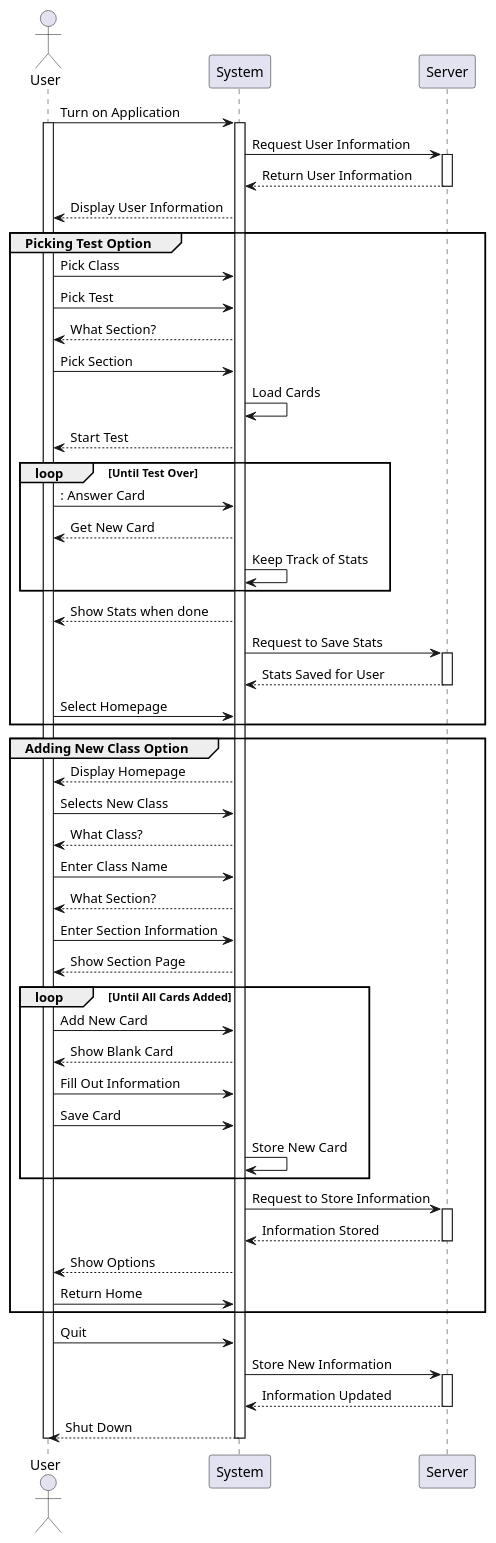
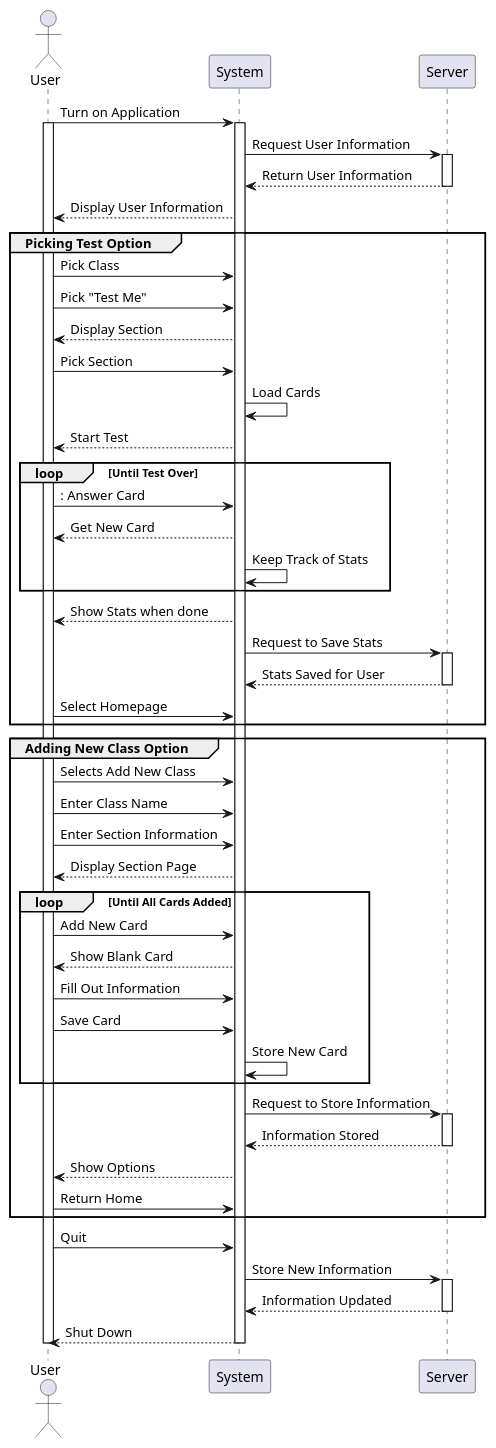
The diagram in app/UML/SystemSequenceDiagram.puml (ultiferrago/ElStudioGato), drawn with PlantUML before and after one commit. The commit also changed 1 other file, not shown here.

```diff
--- a/app/UML/SystemSequenceDiagram.puml
+++ b/app/UML/SystemSequenceDiagram.puml
@@ -1,74 +1,71 @@
 @startuml
 Actor User
 
 
 User -> System : Turn on Application
 Activate User
 Activate System
 
 System -> Server : Request User Information
 Activate Server
 
 Server --> System : Return User Information
 Deactivate Server
 
 System --> User : Display User Information
 
 group Picking Test Option
 User -> System : Pick Class
-User -> System : Pick Test
+User -> System : Pick "Test Me"
 
-System --> User : What Section?
+System --> User : Display Section
 User -> System : Pick Section
 
 System -> System : Load Cards
 System --> User : Start Test
 
 loop Until Test Over
 User -> System: : Answer Card
 System --> User : Get New Card
 System -> System : Keep Track of Stats
 end
 
 System --> User : Show Stats when done
 System -> Server : Request to Save Stats
 activate Server
 Server --> System : Stats Saved for User
 deactivate Server
 User -> System : Select Homepage
 end
 
 group Adding New Class Option
-System --> User : Display Homepage
-User -> System : Selects New Class
-System --> User : What Class?
+User -> System : Selects Add New Class
 User -> System : Enter Class Name
-System --> User : What Section?
 User -> System : Enter Section Information
-System --> User : Show Section Page
+System --> User : Display Section Page
 
 loop Until All Cards Added
 User -> System : Add New Card
 System --> User : Show Blank Card
 User -> System : Fill Out Information
 User -> System : Save Card
 System -> System : Store New Card
 end
 
 System -> Server : Request to Store Information
 activate Server
 Server --> System : Information Stored
 deactivate Server
 System --> User : Show Options
 User -> System : Return Home
 end
 
 User -> System : Quit
 System -> Server : Store New Information
 activate Server
 Server --> System : Information Updated
 deactivate Server
 System --> User : Shut Down
 deactivate System
 deactivate User
 @enduml
```
